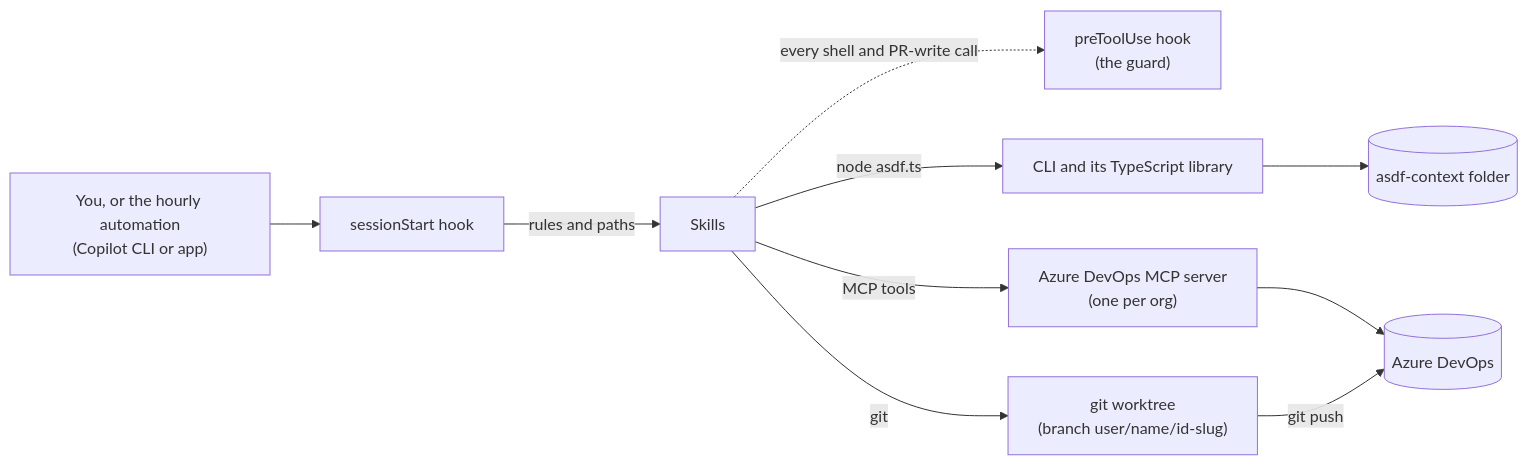
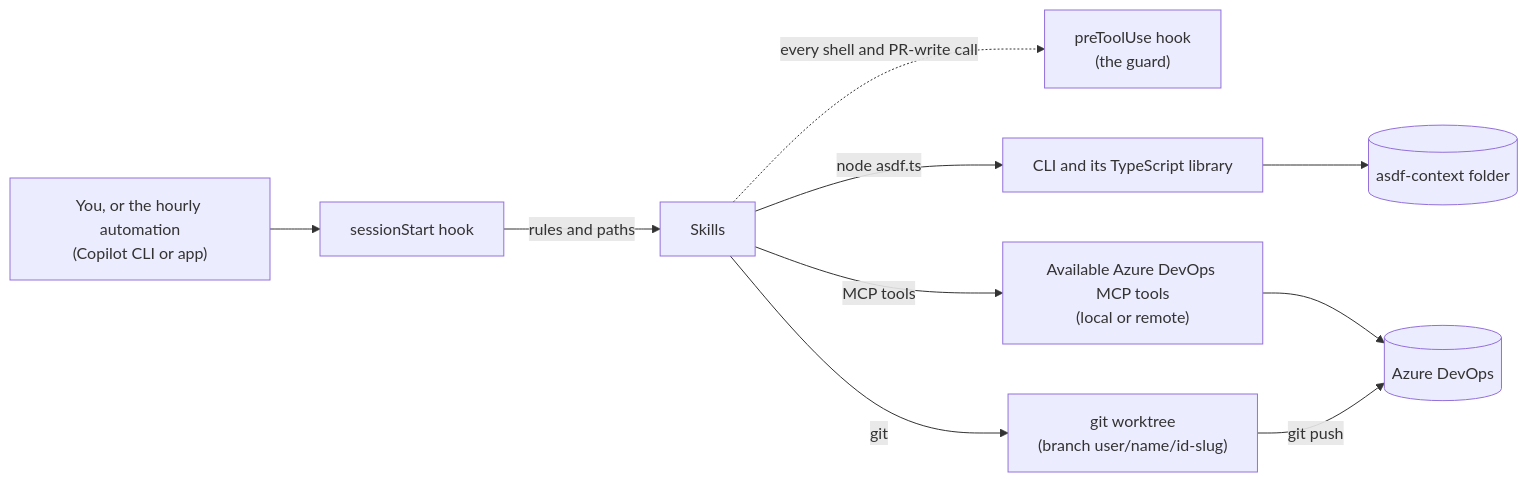
One commit to donethree/ASDF changed the first of 4 diagrams in ARCHITECTURE.md. Above: the diagram before and after it, drawn with Mermaid. The commit also changed other lines of this file and 23 other files, not shown here.

````diff
--- a/ARCHITECTURE.md
+++ b/ARCHITECTURE.md
@@ -17,22 +17,22 @@
 ```mermaid
 flowchart LR
     who["You, or the hourly automation<br>(Copilot CLI or app)"]
     start["sessionStart hook"]
     guard["preToolUse hook<br>(the guard)"]
     skills["Skills"]
     cli["CLI and its TypeScript library"]
     ctx[("asdf-context folder")]
-    mcp["Azure DevOps MCP server<br>(one per org)"]
+    mcp["Available Azure DevOps MCP tools<br>(local or remote)"]
     ado[("Azure DevOps")]
     wt["git worktree<br>(branch user/name/id-slug)"]
 
     who --> start
     start -->|"rules and paths"| skills
     skills -.->|"every shell and PR-write call"| guard
     skills -->|"node asdf.ts"| cli
     cli --> ctx
     skills -->|"MCP tools"| mcp
     mcp --> ado
     skills -->|"git"| wt
     wt -->|"git push"| ado
 ```
````
